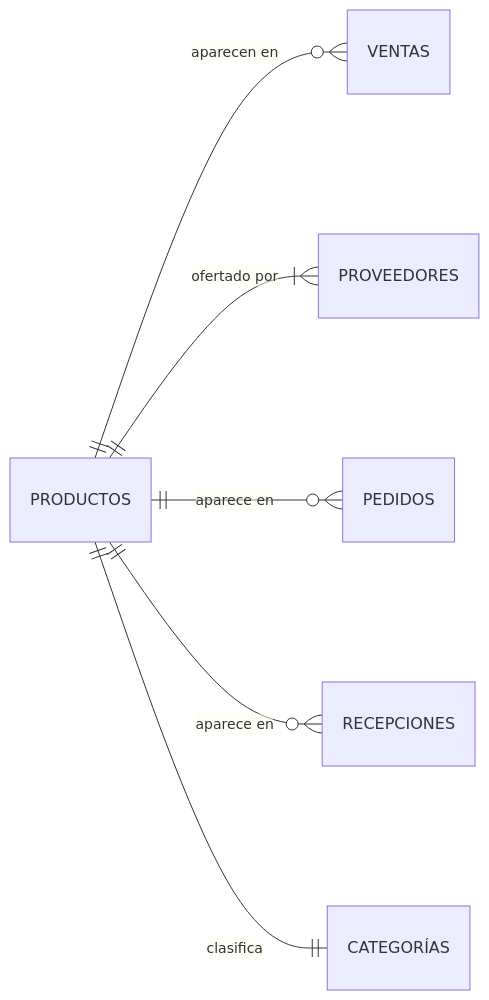
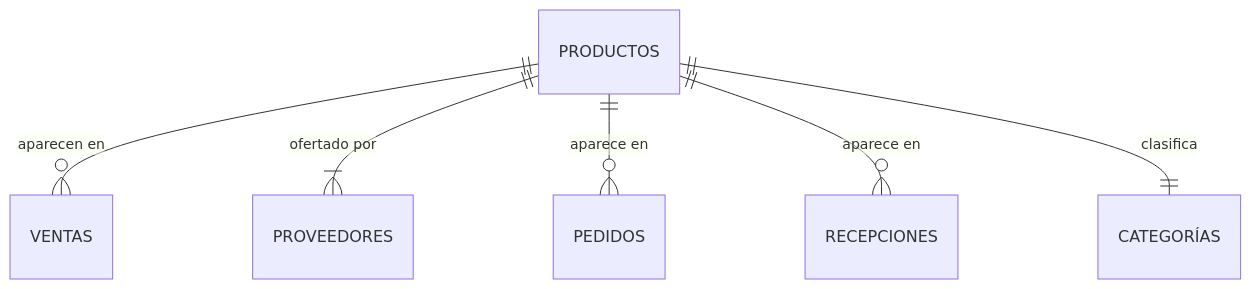
The ninth of 30 diagrams in 4to-Cuatrimestre/fundamentos-base-datos/proyecto/proyecto.md (rosendocamal/homeworks), drawn with Mermaid before and after one commit. The commit also changed other lines of this file and 5 other files, not shown here.

````diff
--- a/4to-Cuatrimestre/fundamentos-base-datos/proyecto/proyecto.md
+++ b/4to-Cuatrimestre/fundamentos-base-datos/proyecto/proyecto.md
@@ -286,10 +278,8 @@
 ```mermaid
 erDiagram
-	direction LR
-	
 	PRODUCTOS ||--o{ VENTAS : "aparecen en"
 	PRODUCTOS ||--|{ PROVEEDORES : "ofertado por"
 	PRODUCTOS ||--o{ PEDIDOS : "aparece en"
 	PRODUCTOS ||--o{ RECEPCIONES : "aparece en"
 	PRODUCTOS ||--|| CATEGORÍAS : "clasifica"
 ```
````
